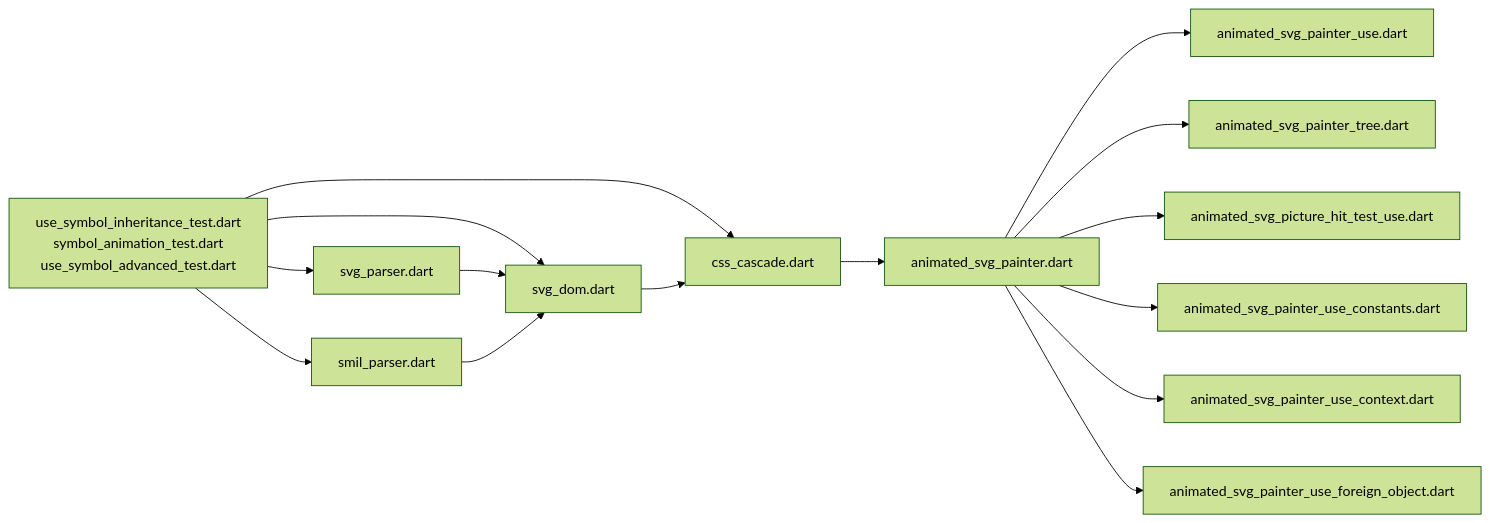
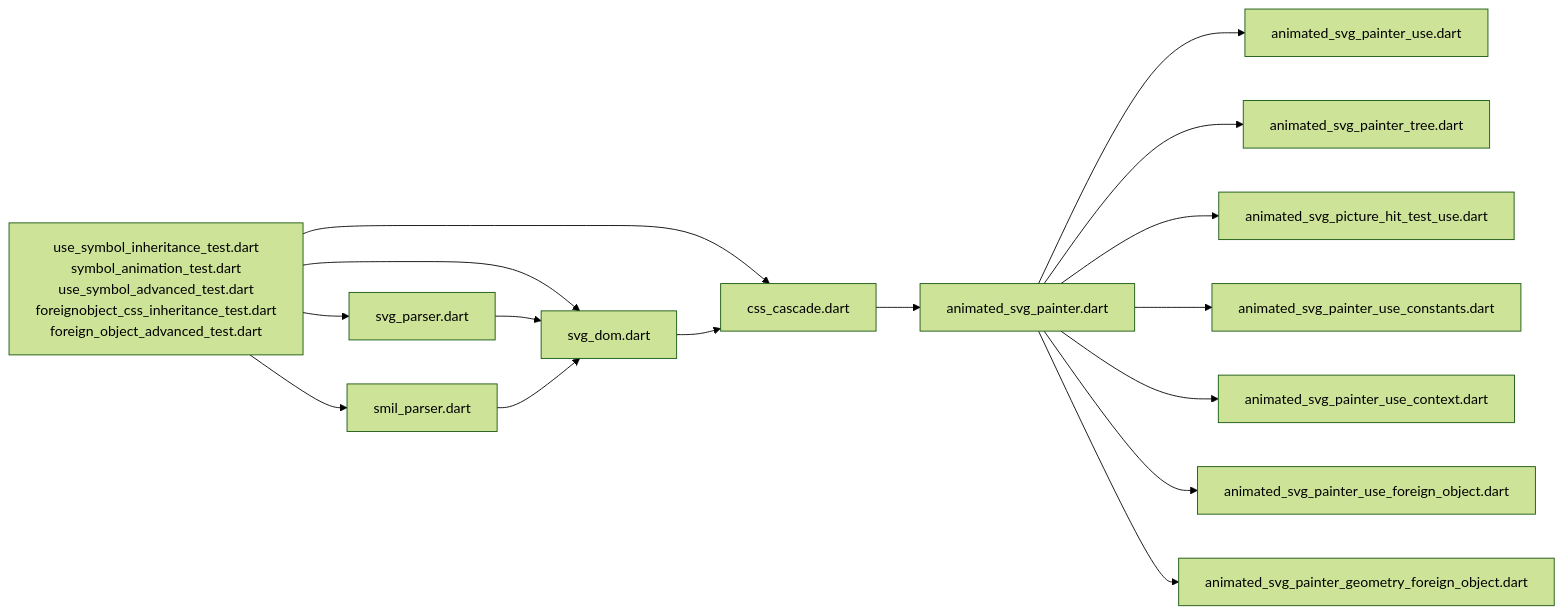
Before and after one commit to denisnadey/flutter_full_svg_support: the tenth of 10 diagrams in .qoder/repowiki/en/content/Advanced Features/Use Element Symbol Inheritance.md, drawn with Mermaid (forest theme). The commit also changed other lines of this file and 30 other files, not shown here.

First line of the commit message:
feat(svg): enforce ForeignObject CSS inheritance boundaries and optimize filter system

````diff
--- a/.qoder/repowiki/en/content/Advanced Features/Use Element Symbol Inheritance.md
+++ b/.qoder/repowiki/en/content/Advanced Features/Use Element Symbol Inheritance.md
@@ -627,17 +705,18 @@
 ```mermaid
 graph LR
-Tests["use_symbol_inheritance_test.dart<br/>symbol_animation_test.dart<br/>use_symbol_advanced_test.dart"] --> Parser["svg_parser.dart"]
+Tests["use_symbol_inheritance_test.dart<br/>symbol_animation_test.dart<br/>use_symbol_advanced_test.dart<br/>foreignobject_css_inheritance_test.dart<br/>foreign_object_advanced_test.dart"] --> Parser["svg_parser.dart"]
 Tests --> SMIL["smil_parser.dart"]
 Tests --> CSS["css_cascade.dart"]
 Tests --> DOM["svg_dom.dart"]
 Parser --> DOM
 SMIL --> DOM
 DOM --> CSS
 CSS --> Painter["animated_svg_painter.dart"]
 Painter --> UseExt["animated_svg_painter_use.dart"]
 Painter --> TreeExt["animated_svg_painter_tree.dart"]
 Painter --> HitExt["animated_svg_picture_hit_test_use.dart"]
 Painter --> UseConst["animated_svg_painter_use_constants.dart"]
 Painter --> UseCtx["animated_svg_painter_use_context.dart"]
 Painter --> FOExt["animated_svg_painter_use_foreign_object.dart"]
+Painter --> GeoFO["animated_svg_painter_geometry_foreign_object.dart"]
 ```
````
